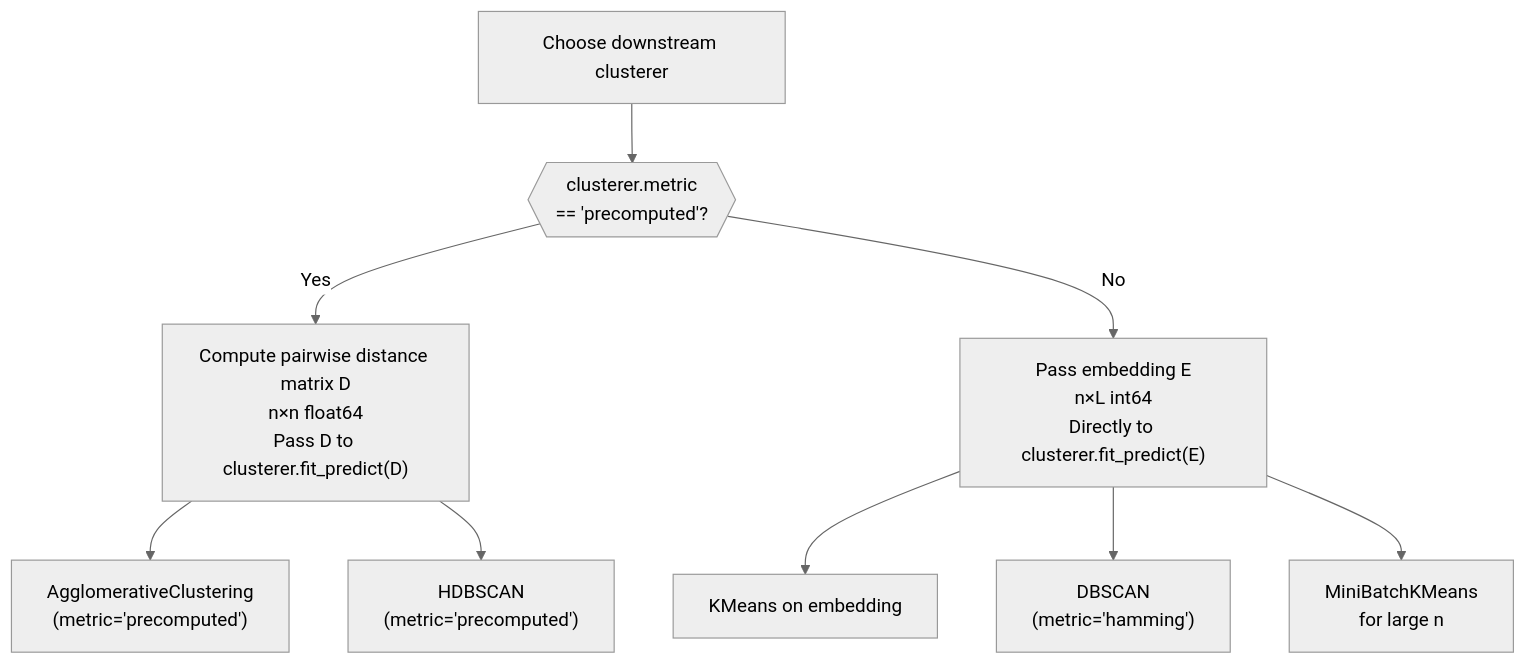
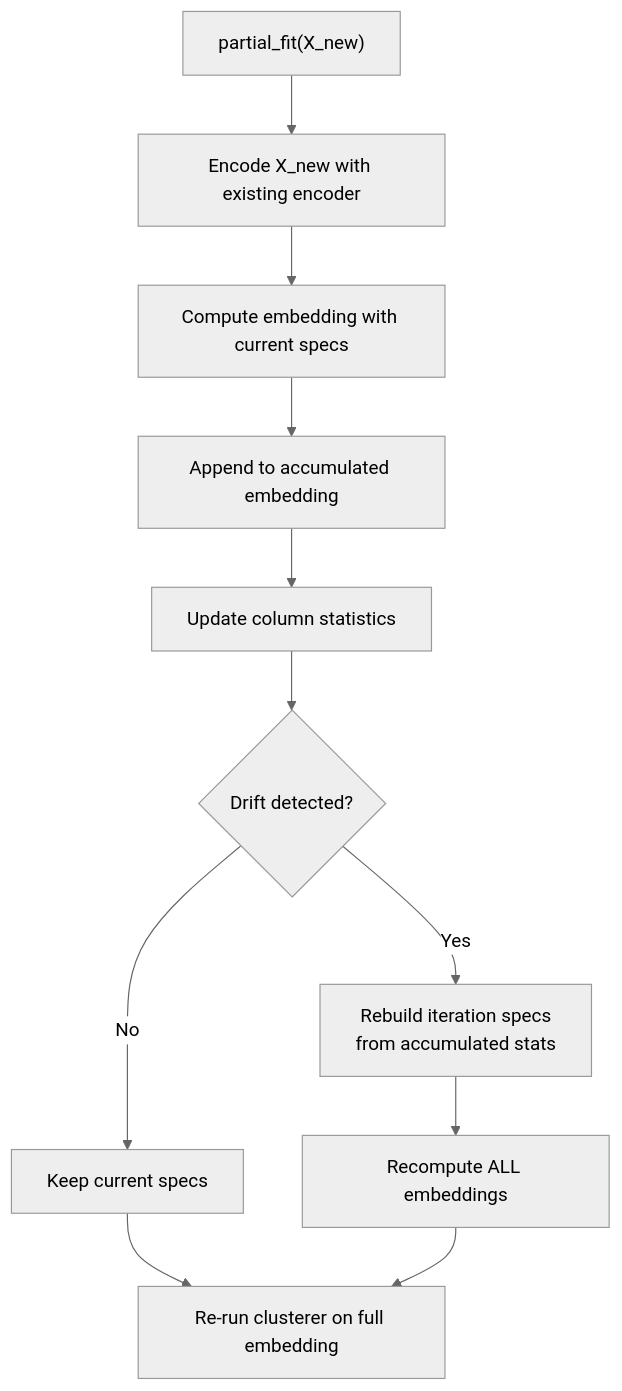
One commit to 4eshireCat/forest_clustering changed the seventh of 8 diagrams in ALGORITHM.md. Above: the diagram before and after it, drawn with Mermaid (neutral theme). The commit also changed other lines of this file and 17 other files, not shown here.

````diff
--- a/ALGORITHM.md
+++ b/ALGORITHM.md
@@ -305,13 +334,13 @@
 ```mermaid
 flowchart TD
-    A["Choose downstream clusterer"] --> B{{"clusterer.metric\n== 'precomputed'?"}}
-
-    B -->|"Yes"| C["Compute pairwise distance matrix D\nn×n float64\nPass D to clusterer.fit_predict(D)"]
-    B -->|"No"| D["Pass embedding E\nn×L int64\nDirectly to clusterer.fit_predict(E)"]
-
-    C --> C1["AgglomerativeClustering\n(metric='precomputed')"]
-    C --> C2["HDBSCAN\n(metric='precomputed')"]
-    D --> D1["KMeans on embedding"]
-    D --> D2["DBSCAN\n(metric='hamming')"]
-    D --> D3["MiniBatchKMeans\nfor large n"]
+    A["partial_fit(X_new)"] --> B["Encode X_new with existing encoder"]
+    B --> C["Compute embedding with current specs"]
+    C --> D["Append to accumulated embedding"]
+    D --> E["Update column statistics"]
+    E --> F{"Drift detected?"}
+    F -->|"Yes"| G["Rebuild iteration specs<br/>from accumulated stats"]
+    F -->|"No"| H["Keep current specs"]
+    G --> I["Recompute ALL embeddings"]
+    H --> J["Re-run clusterer on full embedding"]
+    I --> J
 ```
````
